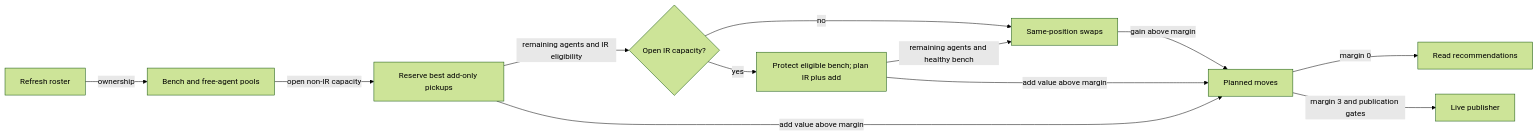
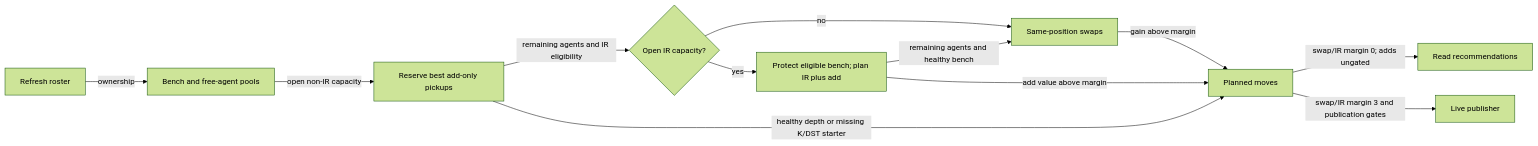
Before and after one commit to cvillarr23/fantasy-core-pipeline: the first of 2 diagrams in docs/decision-pipelines/waivers.md, drawn with Mermaid (forest theme). The commit also changed other lines of this file and 6 other files, not shown here.

Commit message:
Fill open waiver slots with healthy skill-position depth (#277) (#280)

````diff
--- a/docs/decision-pipelines/waivers.md
+++ b/docs/decision-pipelines/waivers.md
@@ -9,14 +9,14 @@
 ```mermaid
 flowchart LR
     R[Refresh roster] -->|ownership| P[Bench and free-agent pools]
     P -->|open non-IR capacity| F[Reserve best add-only pickups]
     F -->|remaining agents and IR eligibility| I{Open IR capacity?}
     I -->|yes| A[Protect eligible bench; plan IR plus add]
     I -->|no| S[Same-position swaps]
     A -->|remaining agents and healthy bench| S
     S -->|gain above margin| M[Planned moves]
     A -->|add value above margin| M
-    F -->|add value above margin| M
-    M -->|margin 0| D[Read recommendations]
-    M -->|margin 3 and publication gates| G[Live publisher]
+    F -->|healthy depth or missing K/DST starter| M
+    M -->|swap/IR margin 0; adds ungated| D[Read recommendations]
+    M -->|swap/IR margin 3 and publication gates| G[Live publisher]
 ```
````
